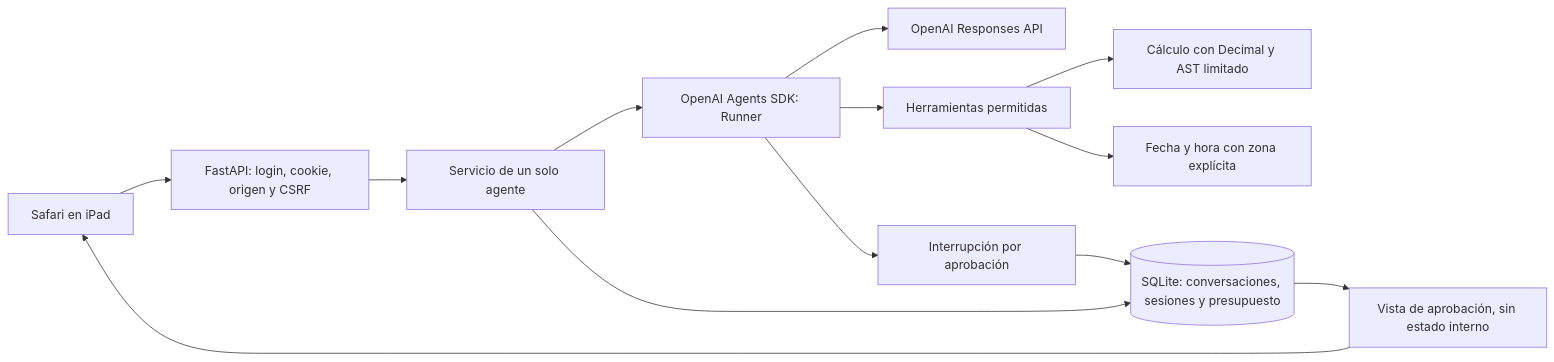
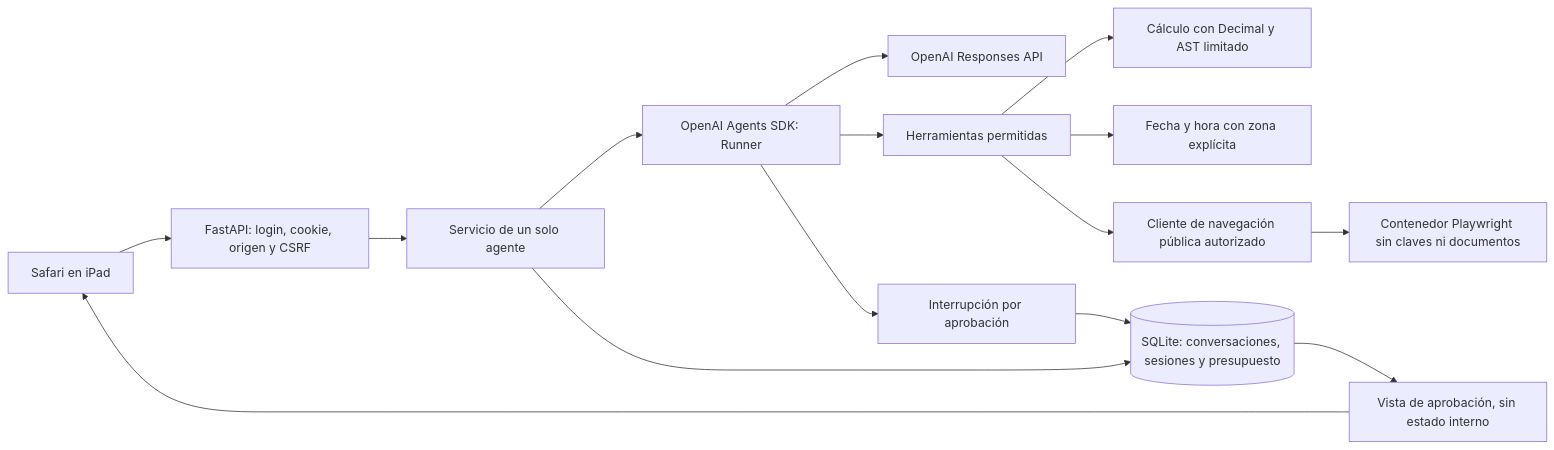
The diagram in docs/ARQUITECTURA.md (kevinriosb/prueba-Codex), drawn with Mermaid before and after one commit. The commit also changed other lines of this file and 36 other files, not shown here.

````diff
--- a/docs/ARQUITECTURA.md
+++ b/docs/ARQUITECTURA.md
@@ -3,15 +3,17 @@
 ```mermaid
 flowchart LR
     A[Safari en iPad] --> B[FastAPI: login, cookie, origen y CSRF]
     B --> C[Servicio de un solo agente]
     C --> D[OpenAI Agents SDK: Runner]
     D --> E[OpenAI Responses API]
     D --> F[Herramientas permitidas]
     F --> G[Cálculo con Decimal y AST limitado]
     F --> H[Fecha y hora con zona explícita]
+    F --> N[Cliente de navegación pública autorizado]
+    N --> O[Contenedor Playwright sin claves ni documentos]
     C --> I[(SQLite: conversaciones, sesiones y presupuesto)]
     D --> J[Interrupción por aprobación]
     J --> I
     I --> K[Vista de aprobación, sin estado interno]
     K --> A
 ```
````
